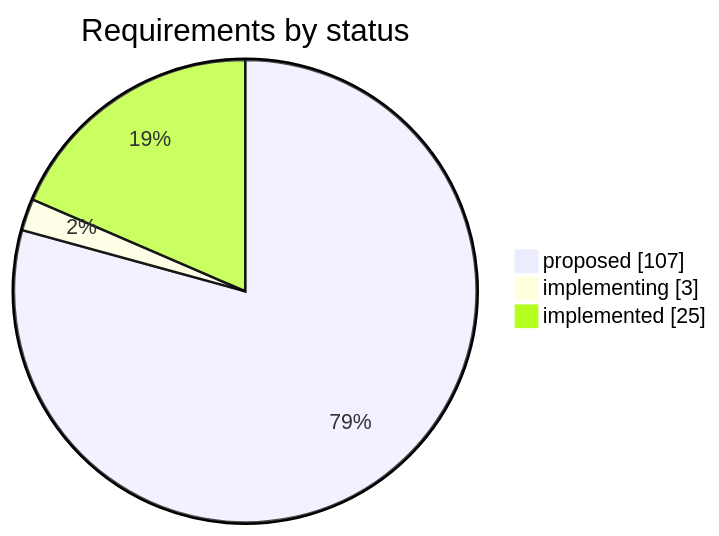
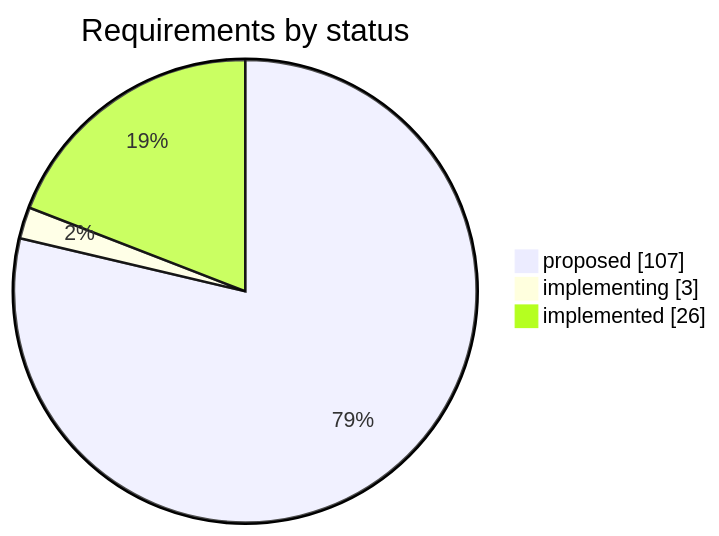
The first of 2 diagrams in STATUS.md (iammaxsu/automatic-testing-architecture), drawn with Mermaid before and after one commit. The commit also changed other lines of this file and 5 other files, not shown here.

````diff
--- a/STATUS.md
+++ b/STATUS.md
@@ -25,6 +25,6 @@
 ```mermaid
 pie showData title Requirements by status
     "proposed" : 107
     "implementing" : 3
-    "implemented" : 25
+    "implemented" : 26
 ```
````
